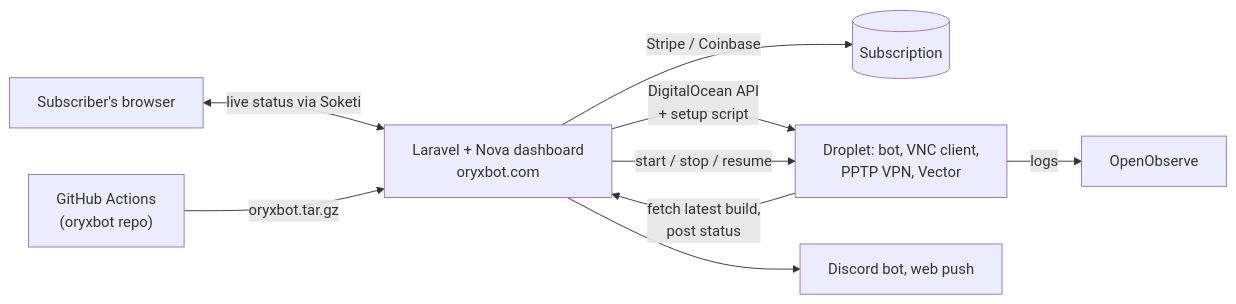
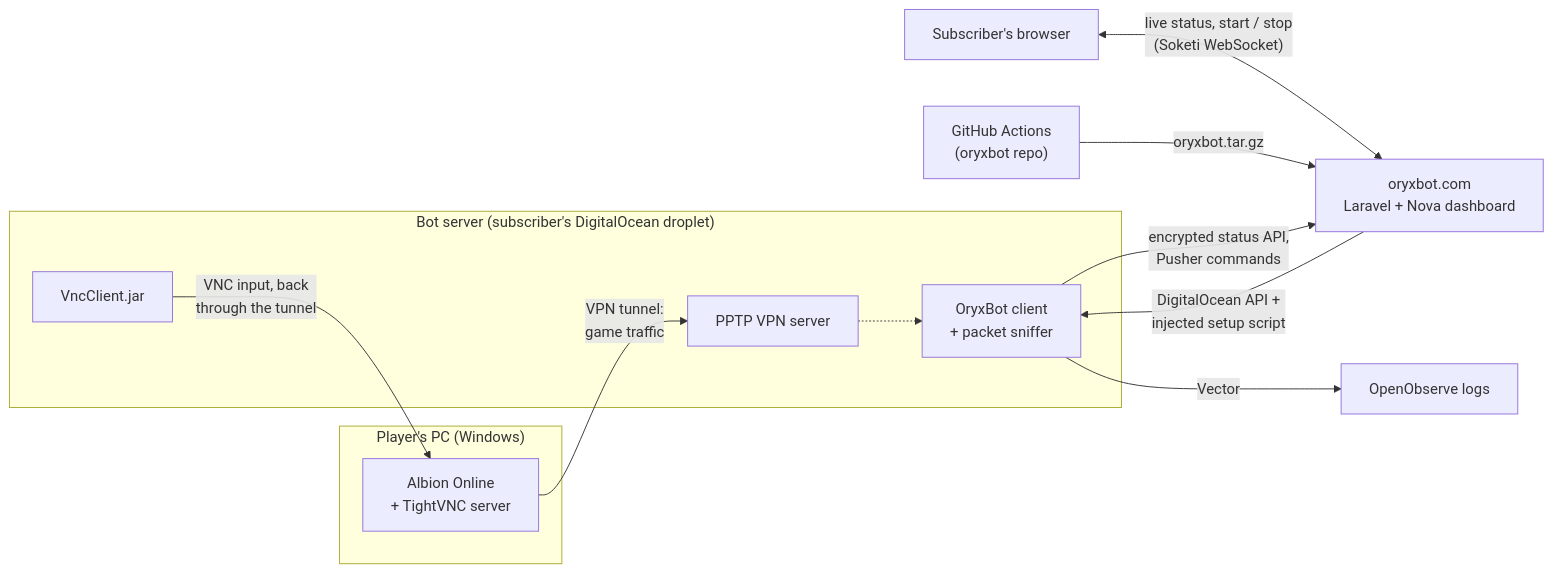
Before and after one commit to kpolicar/oryxbot-web: the diagram in README.md, drawn with Mermaid. The commit also changed other lines of this file, not shown here.

Commit message:
Correct machine topology in README

````diff
--- a/README.md
+++ b/README.md
@@ -18,11 +18,19 @@
 ```mermaid
 flowchart LR
-    U["Subscriber's browser"] <-- "live status via Soketi" --> W["Laravel + Nova dashboard<br/>oryxbot.com"]
+    subgraph PC["Player's PC (Windows)"]
+        Game["Albion Online<br/>+ TightVNC server"]
+    end
+    subgraph Cloud["Bot server (subscriber's DigitalOcean droplet)"]
+        VPN["PPTP VPN server"]
+        Bot["OryxBot client<br/>+ packet sniffer"]
+        VNCC["VncClient.jar"]
+    end
+    U["Subscriber's browser"] <-->|"live status, start / stop<br/>(Soketi WebSocket)"| W["oryxbot.com<br/>Laravel + Nova dashboard"]
     CI["GitHub Actions<br/>(oryxbot repo)"] -- "oryxbot.tar.gz" --> W
-    W -- "Stripe / Coinbase" --> S[("Subscription")]
-    W -- "DigitalOcean API<br/>+ setup script" --> D["Droplet: bot, VNC client,<br/>PPTP VPN, Vector"]
-    D -- "fetch latest build,<br/>post status" --> W
-    W -- "start / stop / resume" --> D
-    D -- "logs" --> O["OpenObserve"]
-    W --> N["Discord bot, web push"]
+    W -- "DigitalOcean API +<br/>injected setup script" --> Bot
+    Game -- "VPN tunnel:<br/>game traffic" --> VPN
+    VPN -.-> Bot
+    VNCC -- "VNC input, back<br/>through the tunnel" --> Game
+    Bot -- "encrypted status API,<br/>Pusher commands" --> W
+    Bot -- "Vector" --> O["OpenObserve logs"]
 ```
````
